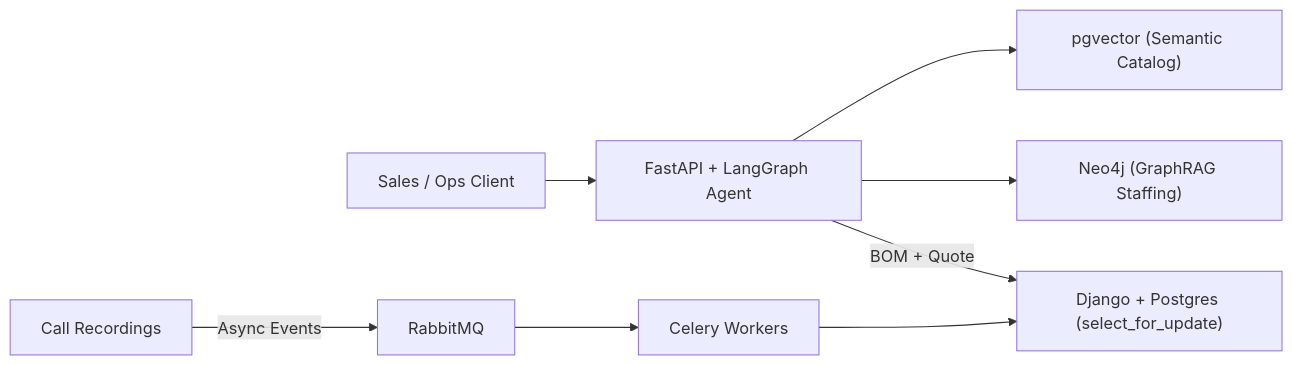
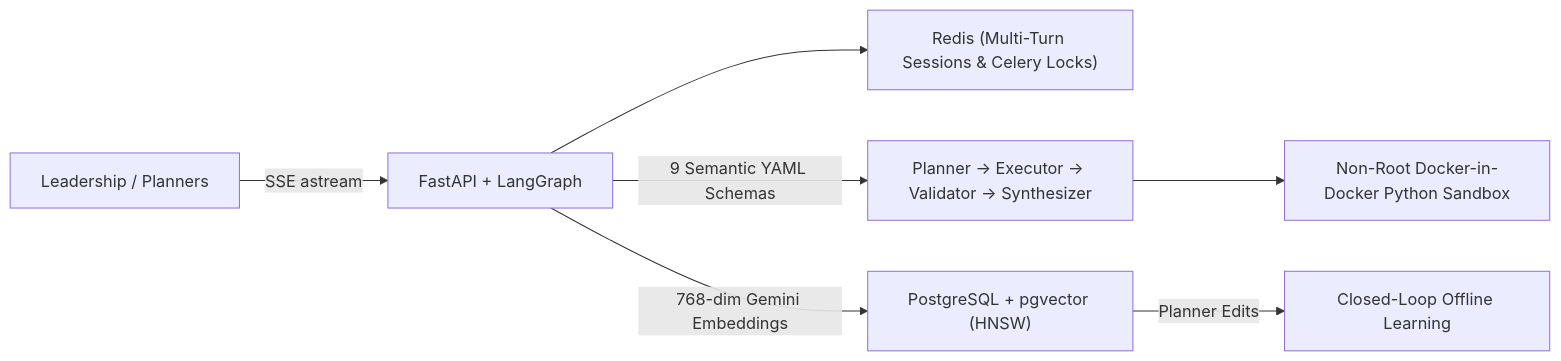
The first of 2 diagrams in README.md (aniagra119/aniagra119), drawn with Mermaid before and after one commit. The commit also changed other lines of this file, not shown here.

Commit message:
docs(profile): align README with audited Meragi & Yulu production architectures

````diff
--- a/README.md
+++ b/README.md
@@ -14,8 +20,9 @@
 ```mermaid
 flowchart LR
-    Client["Sales / Ops Client"] --> API["FastAPI + LangGraph Agent"]
-    API --> Vector["pgvector (Semantic Catalog)"]
-    API --> Graph["Neo4j (GraphRAG Staffing)"]
-    API -->|"BOM + Quote"| CRM["Django + Postgres (select_for_update)"]
-    Calls["Call Recordings"] -->|"Async Events"| RMQ["RabbitMQ"] --> Worker["Celery Workers"] --> CRM
+    User["Leadership / Planners"] -->|"SSE astream"| API["FastAPI + LangGraph"]
+    API --> Redis["Redis (Multi-Turn Sessions & Celery Locks)"]
+    API -->|"9 Semantic YAML Schemas"| SQL["Planner -> Executor -> Validator -> Synthesizer"]
+    SQL --> Sandbox["Non-Root Docker-in-Docker Python Sandbox"]
+    API -->|"768-dim Gemini Embeddings"| PG["PostgreSQL + pgvector (HNSW)"]
+    PG -->|"Planner Edits"| Loop["Closed-Loop Offline Learning"]
 ```
````
